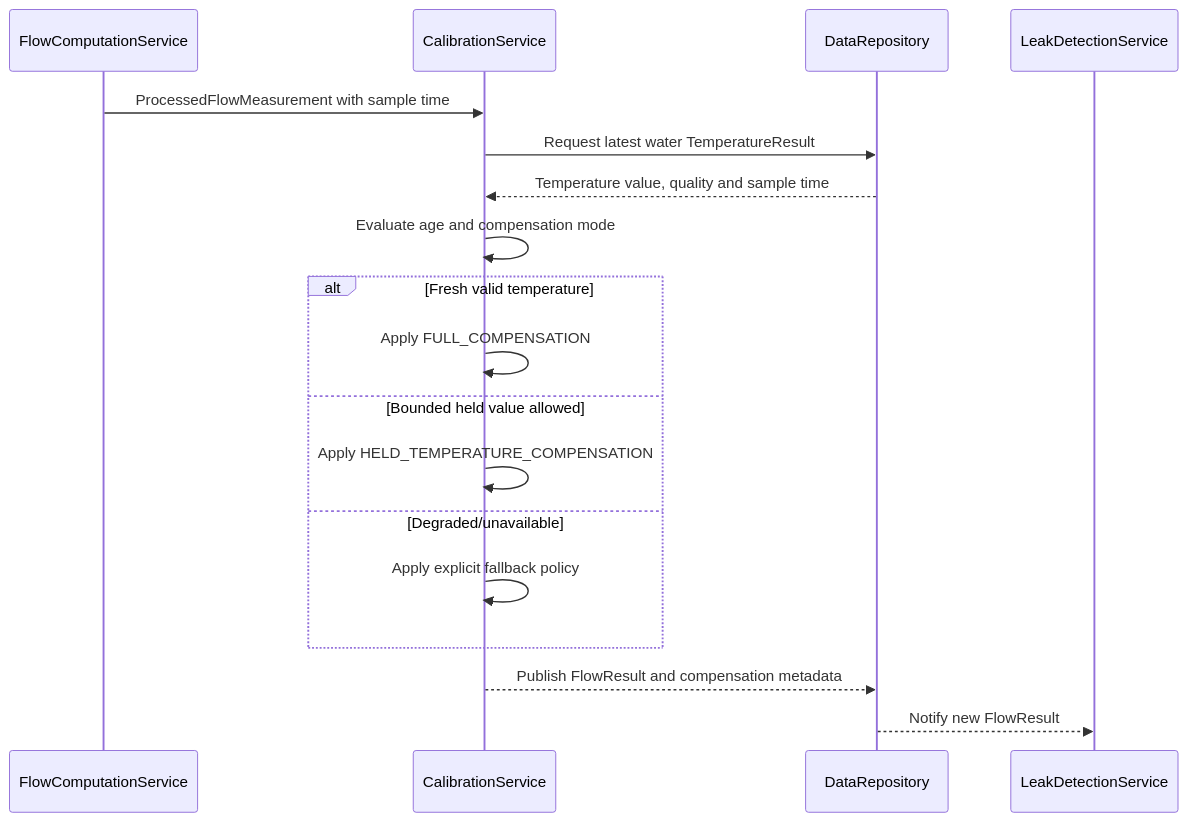
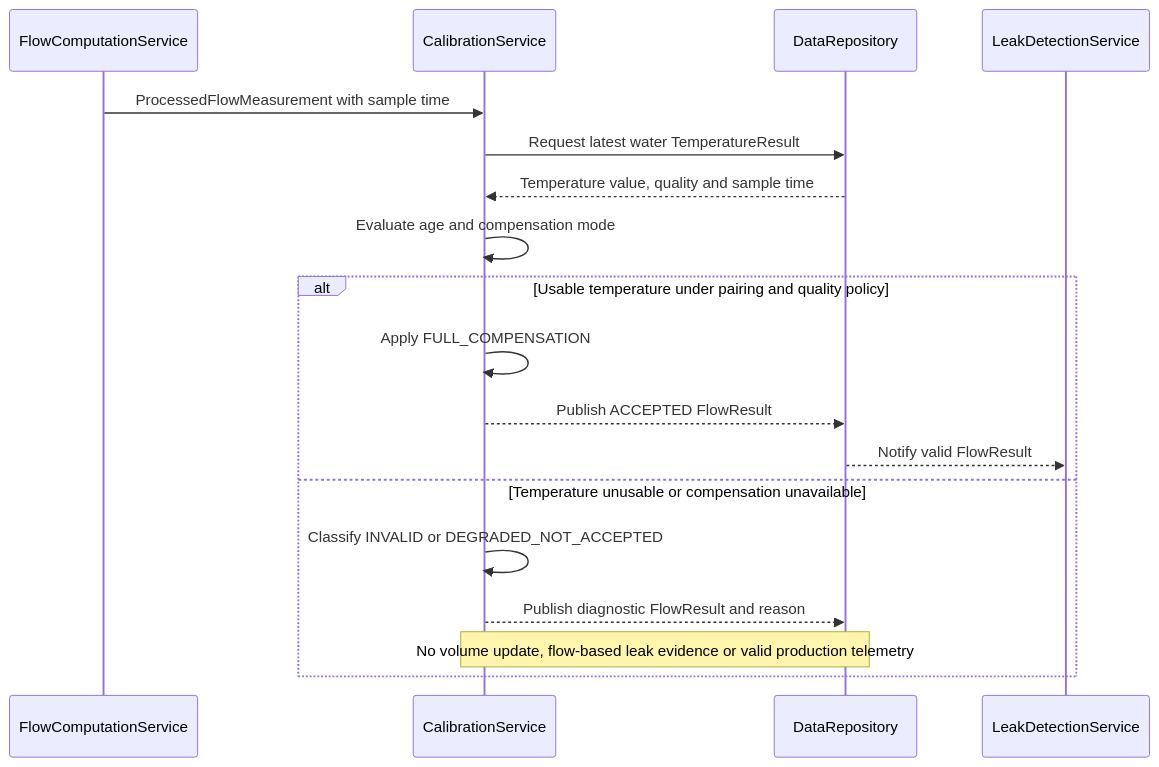
One commit to whoisLePhuc/smart-water-flow-pressure-monitor changed the sixth of 27 diagrams in 1.docs/00_overview/05_sequence_diagrams.md. Above: the diagram before and after it, drawn with Mermaid. The commit also changed other lines of this file and 11 other files, not shown here.

````diff
--- a/1.docs/00_overview/05_sequence_diagrams.md
+++ b/1.docs/00_overview/05_sequence_diagrams.md
@@ -310,21 +310,21 @@
 ```mermaid
 sequenceDiagram
     participant FC as FlowComputationService
     participant CAL as CalibrationService
     participant DR as DataRepository
     participant LD as LeakDetectionService
 
     FC->>CAL: ProcessedFlowMeasurement with sample time
     CAL->>DR: Request latest water TemperatureResult
     DR-->>CAL: Temperature value, quality and sample time
     CAL->>CAL: Evaluate age and compensation mode
-    alt Fresh valid temperature
+    alt Usable temperature under pairing and quality policy
         CAL->>CAL: Apply FULL_COMPENSATION
-    else Bounded held value allowed
-        CAL->>CAL: Apply HELD_TEMPERATURE_COMPENSATION
-    else Degraded/unavailable
-        CAL->>CAL: Apply explicit fallback policy
+        CAL-->>DR: Publish ACCEPTED FlowResult
+        DR-->>LD: Notify valid FlowResult
+    else Temperature unusable or compensation unavailable
+        CAL->>CAL: Classify INVALID or DEGRADED_NOT_ACCEPTED
+        CAL-->>DR: Publish diagnostic FlowResult and reason
+        Note over CAL,DR: No volume update, flow-based leak evidence or valid production telemetry
     end
-    CAL-->>DR: Publish FlowResult and compensation metadata
-    DR-->>LD: Notify new FlowResult
 ```
````
